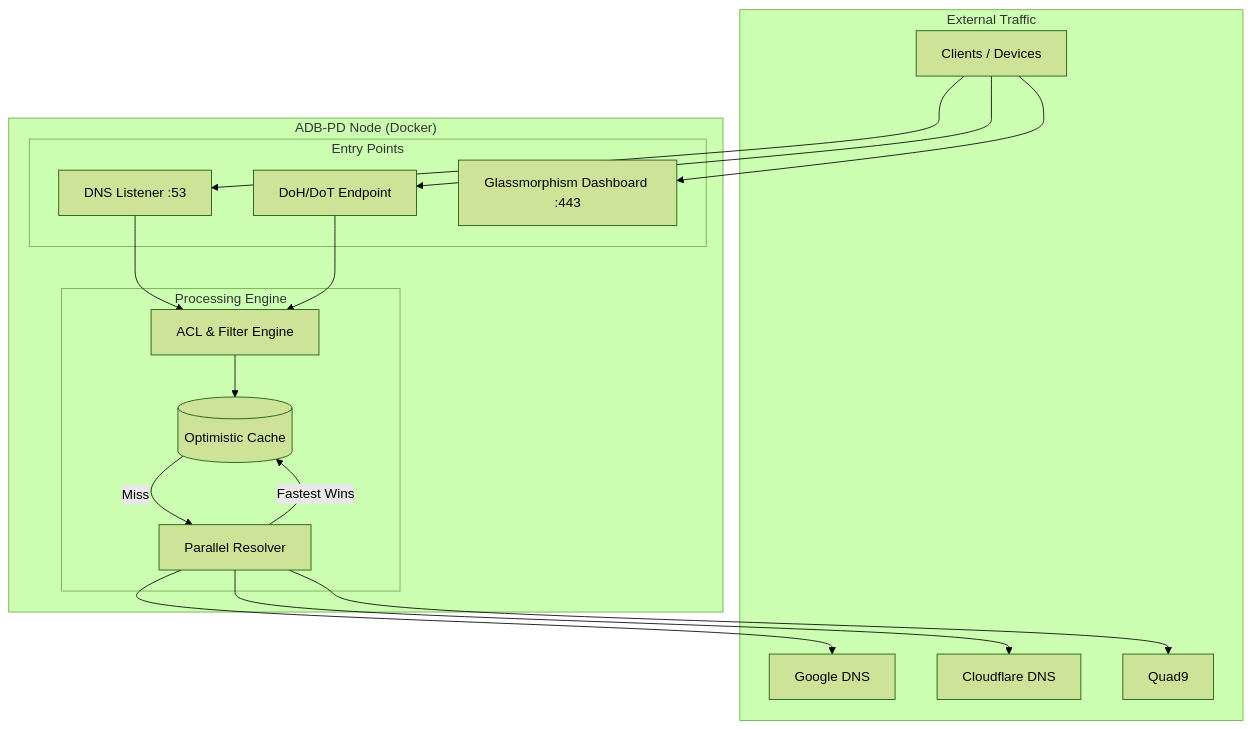
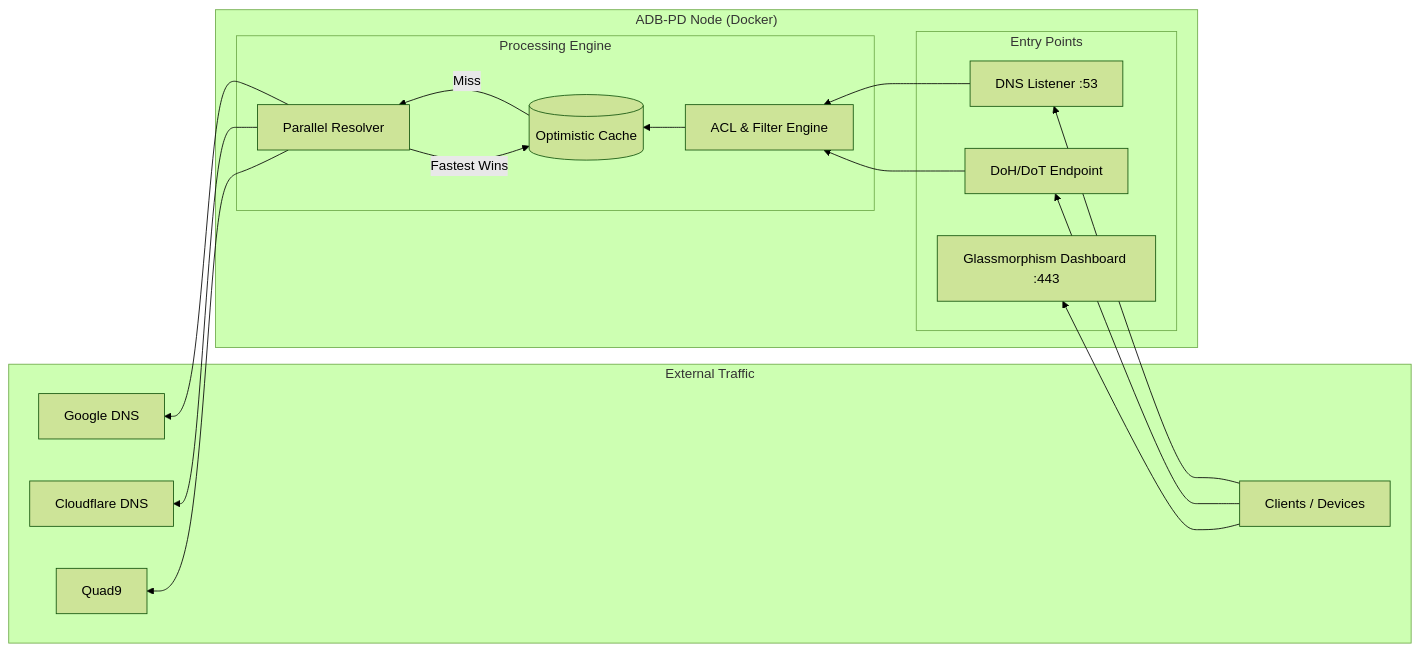
One commit to weby-homelab/adb-pd changed the diagram in README.md. Above: the diagram before and after it, drawn with Mermaid (forest theme).

````diff
--- a/README.md
+++ b/README.md
@@ -20,36 +20,36 @@
 ```mermaid
-graph TB
+graph RL
     subgraph "External Traffic"
         C[Clients / Devices]
         U1[Google DNS]
         U2[Cloudflare DNS]
         U3[Quad9]
     end
 
     subgraph "ADB-PD Node (Docker)"
         subgraph "Entry Points"
             L53[DNS Listener :53]
             DoH[DoH/DoT Endpoint]
             UI[Glassmorphism Dashboard :443]
         end
 
         subgraph "Processing Engine"
             ACL[ACL & Filter Engine]
             Cache[(Optimistic Cache)]
             PR[Parallel Resolver]
         end
     end
 
     C --> L53
     C --> DoH
     C --> UI
 
     L53 --> ACL
     DoH --> ACL
     ACL --> Cache
     Cache -->|Miss| PR
     PR --> U1
     PR --> U2
     PR --> U3
     PR -->|Fastest Wins| Cache
 ```
````
